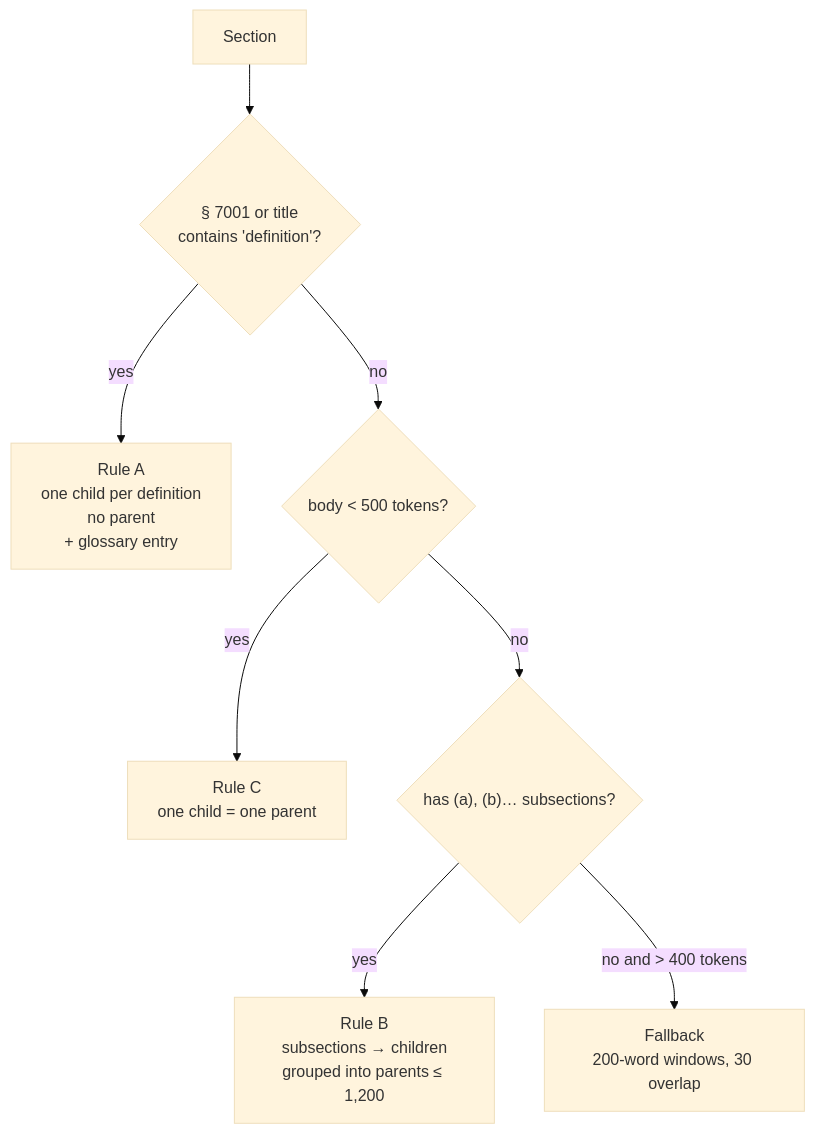
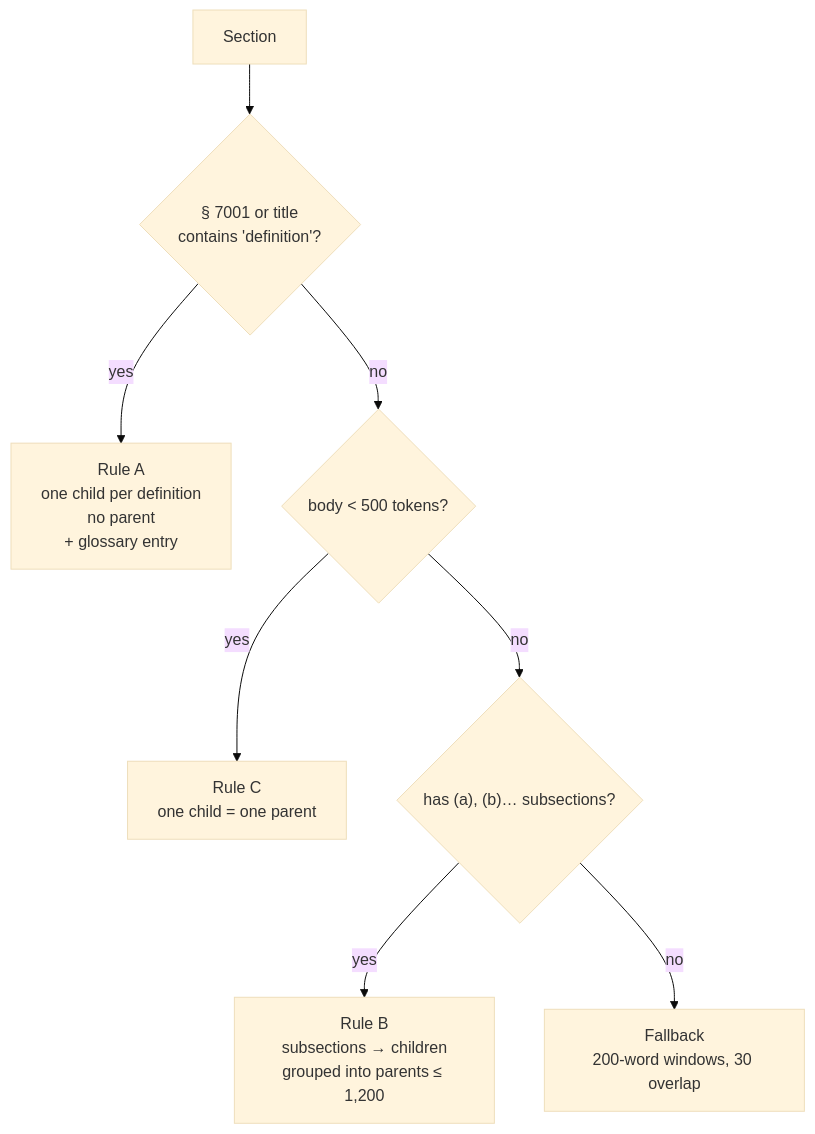
One commit to M-Yassir/ComplianceLens changed the third of 5 diagrams in RAG/README.md. Above: the diagram before and after it, drawn with Mermaid (base theme). The commit also changed other lines of this file and 1 other file, not shown here.

````diff
--- a/RAG/README.md
+++ b/RAG/README.md
@@ -129,10 +131,10 @@
 ```mermaid
 flowchart TD
     S[Section] --> A{"§ 7001 or title<br/>contains 'definition'?"}
     A -->|yes| RA["Rule A<br/>one child per definition<br/>no parent<br/>+ glossary entry"]
     A -->|no| C{"body < 500 tokens?"}
     C -->|yes| RC["Rule C<br/>one child = one parent"]
     C -->|no| B{"has (a), (b)… subsections?"}
     B -->|yes| RB["Rule B<br/>subsections → children<br/>grouped into parents ≤ 1,200"]
-    B -->|"no and > 400 tokens"| FB["Fallback<br/>200-word windows, 30 overlap"]
+    B -->|"no"| FB["Fallback<br/>200-word windows, 30 overlap"]
 ```
````
